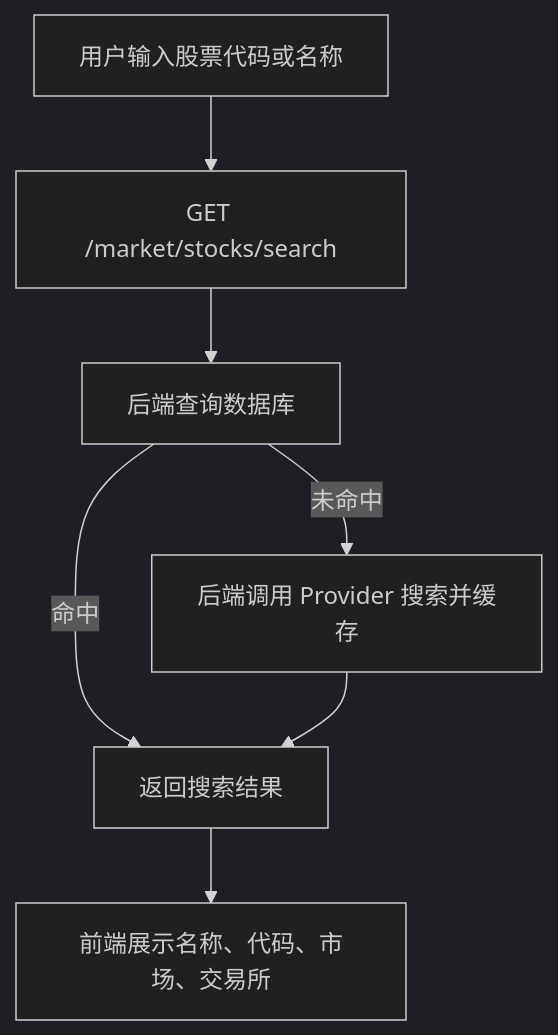
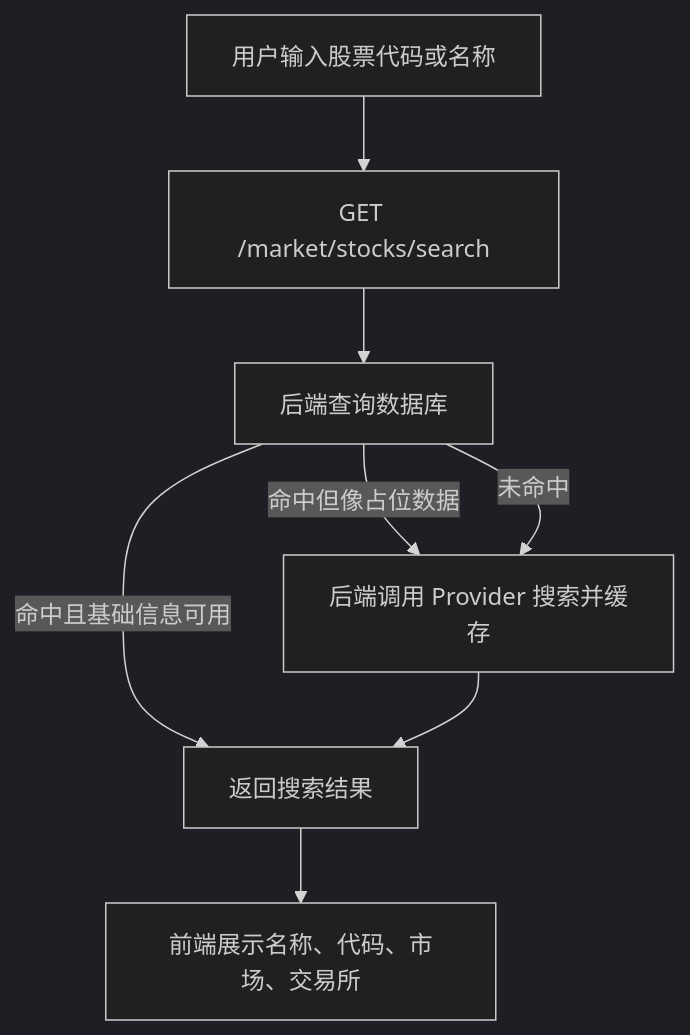
One commit to deleson/langgraph_commerce_stock_backend changed the second of 7 diagrams in docs/前端对接指南.md. Above: the diagram before and after it, drawn with Mermaid (dark theme). The commit also changed other lines of this file and 5 other files, not shown here.

Commit message:
feat: enhance market search sync flow

````diff
--- a/docs/前端对接指南.md
+++ b/docs/前端对接指南.md
@@ -147,9 +148,10 @@
 ```mermaid
 flowchart TD
     A["用户输入股票代码或名称"] --> B["GET /market/stocks/search"]
     B --> C["后端查询数据库"]
-    C -->|命中| D["返回搜索结果"]
-    C -->|未命中| E["后端调用 Provider 搜索并缓存"]
+    C -->|命中且基础信息可用| D["返回搜索结果"]
+    C -->|命中但像占位数据| E["后端调用 Provider 搜索并缓存"]
+    C -->|未命中| E
     E --> D
     D --> F["前端展示名称、代码、市场、交易所"]
 ```
````
